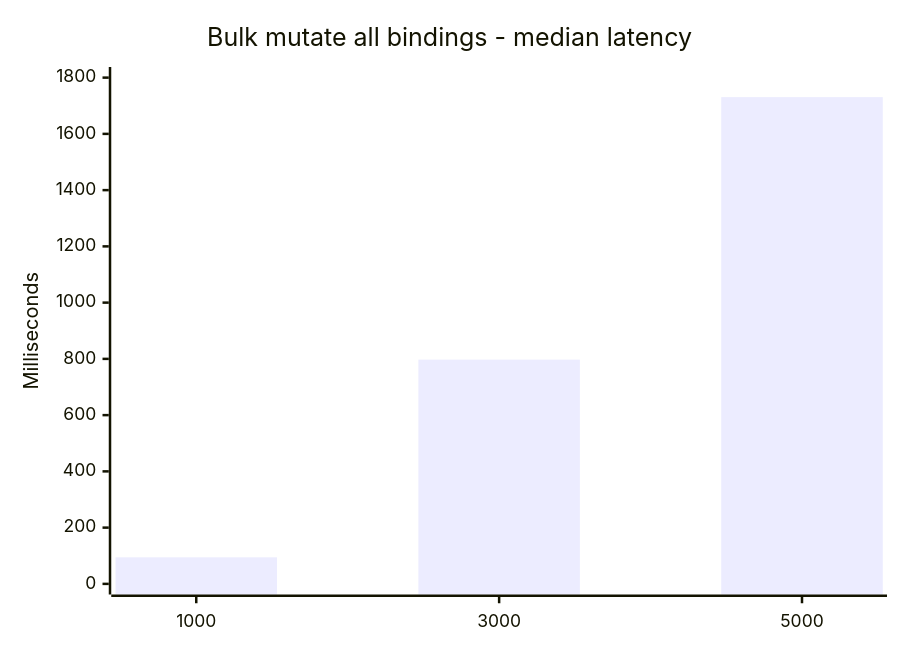
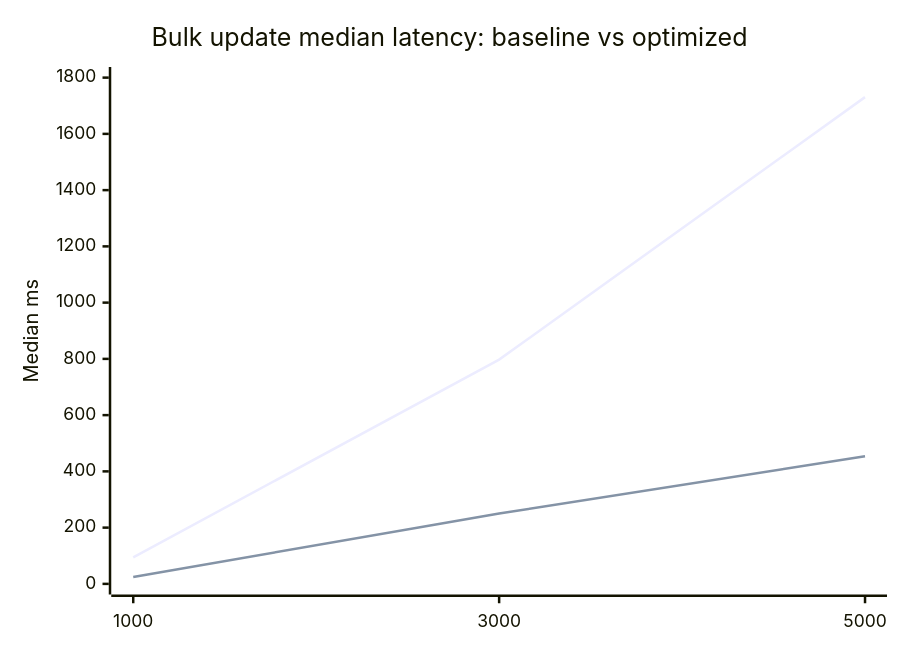
One commit to robert-sanders-software-ontwikkeling/rs-x changed the seventh of 7 diagrams in reports/rsx-spa-performance/README.md. Above: the diagram before and after it, drawn with Mermaid. The commit also changed other lines of this file and 3 other files, not shown here.

````diff
--- a/reports/rsx-spa-performance/README.md
+++ b/reports/rsx-spa-performance/README.md
@@ -94,7 +130,8 @@
 ```mermaid
 xychart-beta
-  title "Bulk mutate all bindings - median latency"
+  title "Bulk update median latency: baseline vs optimized"
   x-axis [1000, 3000, 5000]
-  y-axis "Milliseconds" 0 --> 1800
-  bar [94.355, 797.324, 1730.699]
+  y-axis "Median ms" 0 --> 1800
+  line [94.355, 797.324, 1730.699]
+  line [24.709, 250.014, 453.666]
 ```
````
